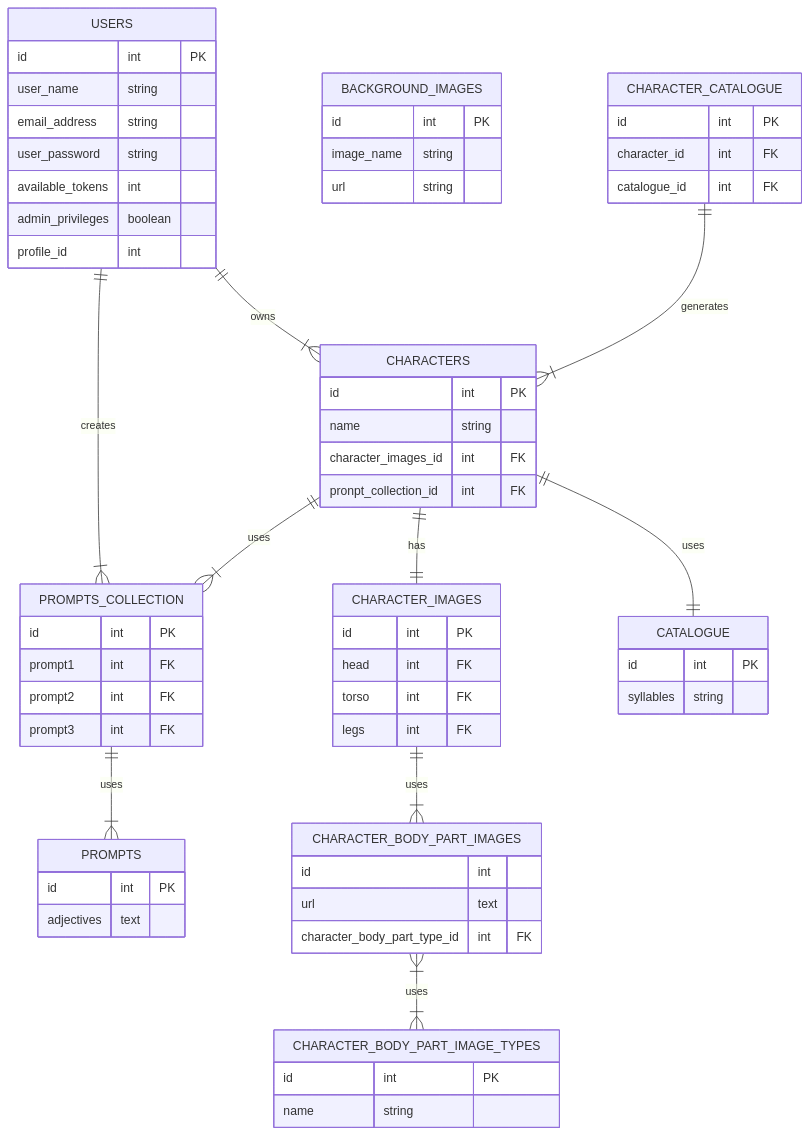
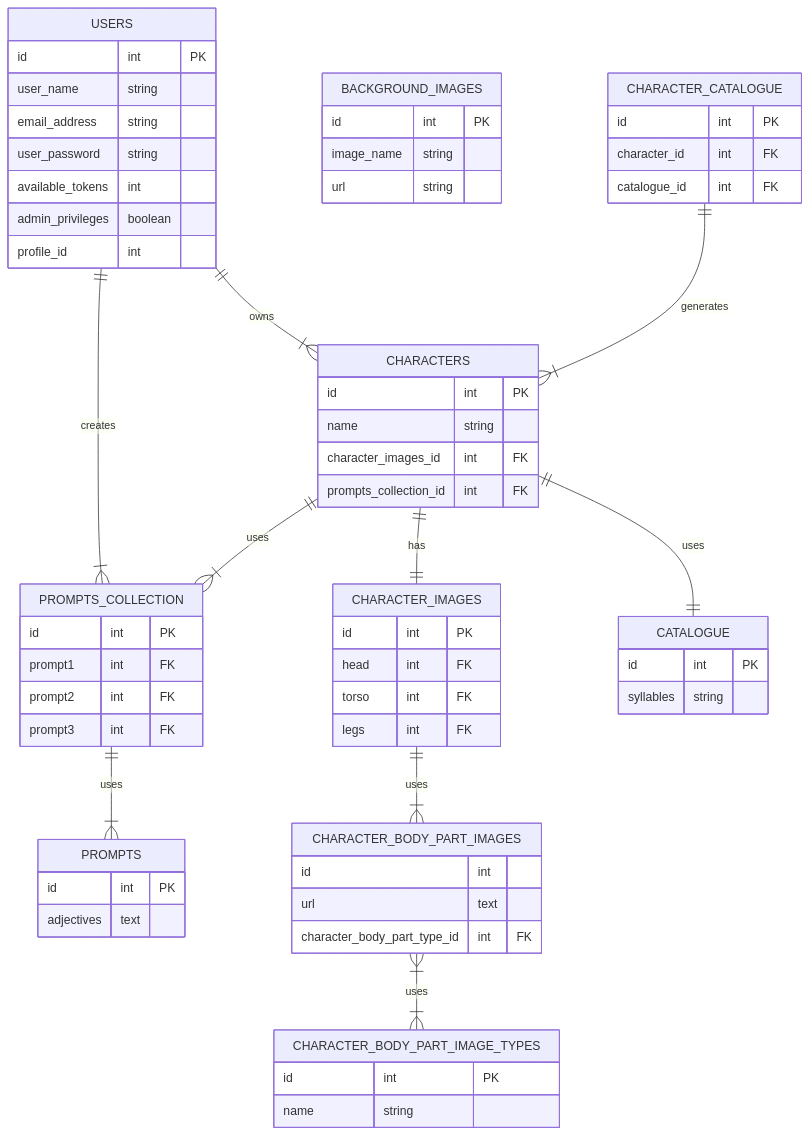
The second of 2 diagrams in README.md (Wren00/create-an-orc), drawn with Mermaid before and after one commit.

````diff
--- a/README.md
+++ b/README.md
@@ -68,68 +68,68 @@
 ```mermaid
 erDiagram
 direction TB
 USERS {
 	id int PK
 	user_name string
 	email_address string
 	user_password string
 	available_tokens int
 	admin_privileges boolean 
 	profile_id int
 }
 PROMPTS {
  	id int PK
 	adjectives text
 }
 PROMPTS_COLLECTION {
 	id int PK
 	prompt1 int FK
 	prompt2 int FK
 	prompt3 int FK
 }
 CHARACTERS {
  	id int PK
 	name string
 	character_images_id int FK
-	pronpt_collection_id int FK
+	prompts_collection_id int FK
 }
 CHARACTER_IMAGES {
 	id int PK
 	head int FK
 	torso int FK
 	legs int FK
 }
 CHARACTER_BODY_PART_IMAGES {
 	id int
 	url text 
 	character_body_part_type_id int FK
 }
 CHARACTER_BODY_PART_IMAGE_TYPES {
 	id int PK
 	name string
 }
 BACKGROUND_IMAGES {
  	id int PK
 	image_name string
 	url string
 }
 CHARACTER_CATALOGUE {
 	id int PK
 	character_id int FK
 	catalogue_id int FK
 }
 CATALOGUE {
     id int PK
     syllables string
 }
 	USERS ||--|{ PROMPTS_COLLECTION : creates
 	USERS ||--|{ CHARACTERS : owns
 	CHARACTERS ||--|{ PROMPTS_COLLECTION : uses
 	CHARACTERS ||--|| CHARACTER_IMAGES : has
 	CHARACTERS ||--|| CATALOGUE : uses
 	CHARACTER_IMAGES ||--|{ CHARACTER_BODY_PART_IMAGES : uses
 	CHARACTER_BODY_PART_IMAGES }|--|{ CHARACTER_BODY_PART_IMAGE_TYPES : uses
 	CHARACTER_CATALOGUE ||--|{ CHARACTERS : generates
 	PROMPTS_COLLECTION ||--|{ PROMPTS : uses
 	
 ```
````
